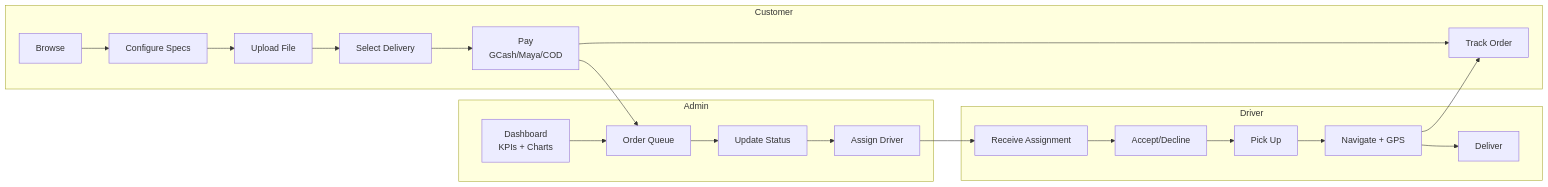
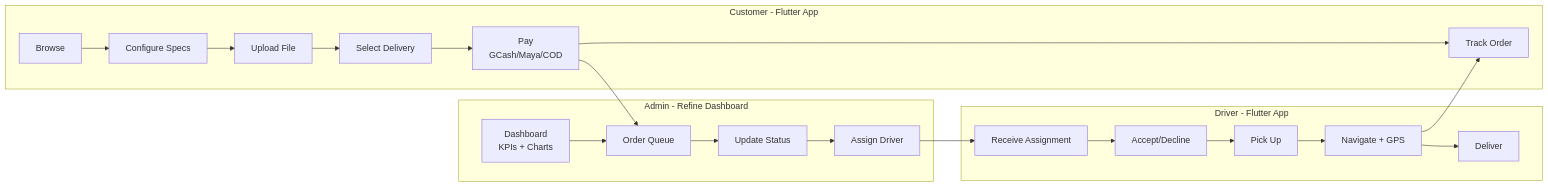
Before and after one commit to rqms40/printing_app: the second of 3 diagrams in README.md, drawn with Mermaid. The commit also changed other lines of this file, not shown here.

First line of the commit message:
docs: update README with Refine admin dashboard + full project state

````diff
--- a/README.md
+++ b/README.md
@@ -54,27 +57,27 @@
 ```mermaid
 flowchart LR
-    subgraph Customer
+    subgraph Customer[Customer - Flutter App]
         C1[Browse] --> C2[Configure Specs]
         C2 --> C3[Upload File]
         C3 --> C4[Select Delivery]
         C4 --> C5[Pay<br/>GCash/Maya/COD]
         C5 --> C6[Track Order]
     end
 
-    subgraph Admin
+    subgraph Admin[Admin - Refine Dashboard]
         A1[Dashboard<br/>KPIs + Charts] --> A2[Order Queue]
         A2 --> A3[Update Status]
         A3 --> A4[Assign Driver]
     end
 
-    subgraph Driver
+    subgraph Driver[Driver - Flutter App]
         D1[Receive Assignment] --> D2[Accept/Decline]
         D2 --> D3[Pick Up]
         D3 --> D4[Navigate + GPS]
         D4 --> D5[Deliver]
     end
 
     C5 --> A2
     A4 --> D1
     D4 --> C6
 ```
````
